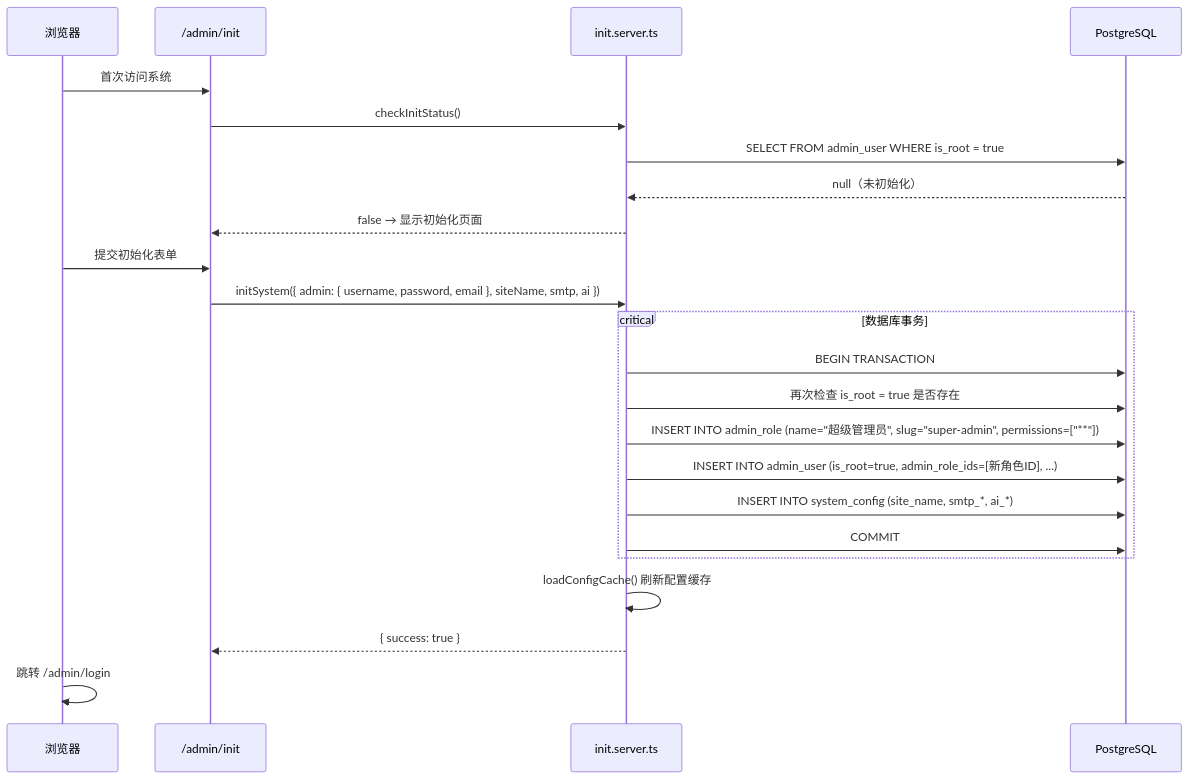
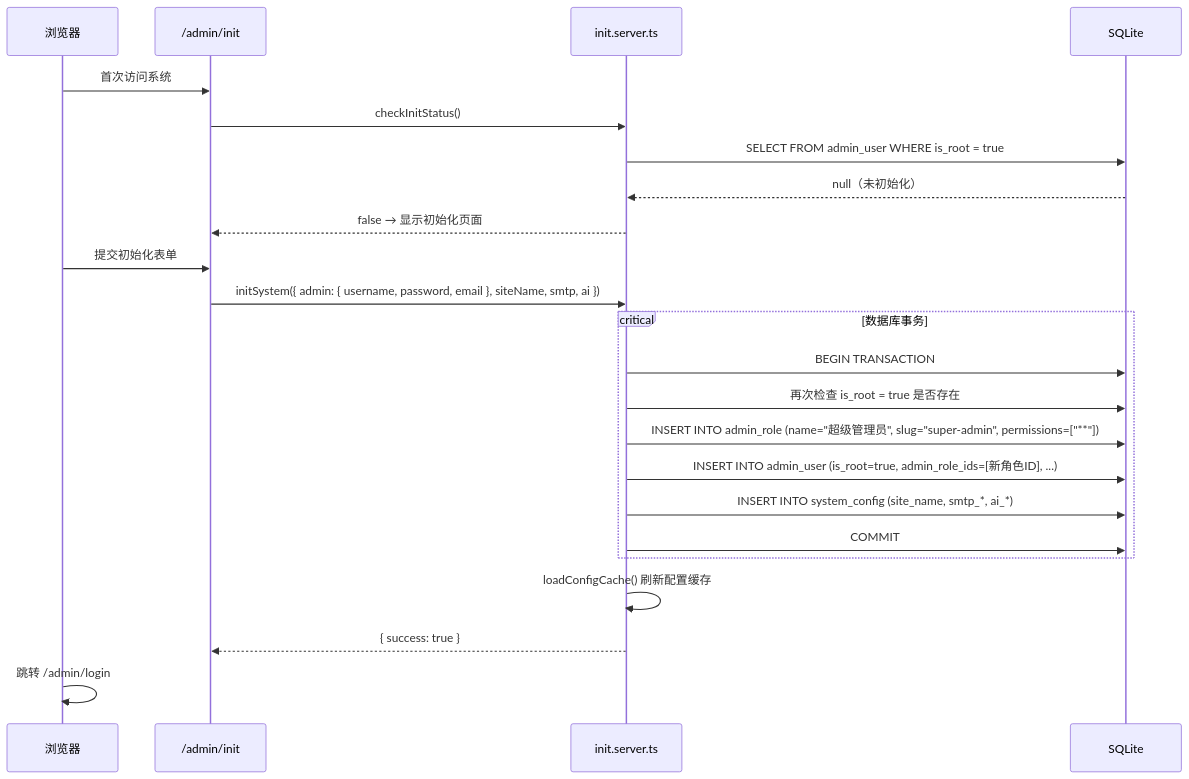
The sixth of 6 diagrams in docs/auth-permission-model.md (lvyueyang/ucode-hub), drawn with Mermaid before and after one commit. The commit also changed other lines of this file and 3 other files, not shown here.

````diff
--- a/docs/auth-permission-model.md
+++ b/docs/auth-permission-model.md
@@ -446,29 +471,29 @@
 ```mermaid
 sequenceDiagram
     participant Browser as 浏览器
     participant InitPage as /admin/init
     participant InitServer as init.server.ts
-    participant DB as PostgreSQL
+    participant DB as SQLite
 
     Browser->>InitPage: 首次访问系统
     InitPage->>InitServer: checkInitStatus()
     InitServer->>DB: SELECT FROM admin_user WHERE is_root = true
     DB-->>InitServer: null（未初始化）
     InitServer-->>InitPage: false → 显示初始化页面
 
     Browser->>InitPage: 提交初始化表单
     InitPage->>InitServer: initSystem({ admin: { username, password, email }, siteName, smtp, ai })
 
     critical 数据库事务
         InitServer->>DB: BEGIN TRANSACTION
         InitServer->>DB: 再次检查 is_root = true 是否存在
         InitServer->>DB: INSERT INTO admin_role (name="超级管理员", slug="super-admin", permissions=["**"])
         InitServer->>DB: INSERT INTO admin_user (is_root=true, admin_role_ids=[新角色ID], ...)
         InitServer->>DB: INSERT INTO system_config (site_name, smtp_*, ai_*)
         InitServer->>DB: COMMIT
     end
 
     InitServer->>InitServer: loadConfigCache() 刷新配置缓存
     InitServer-->>InitPage: { success: true }
     Browser->>Browser: 跳转 /admin/login
 ```
````
